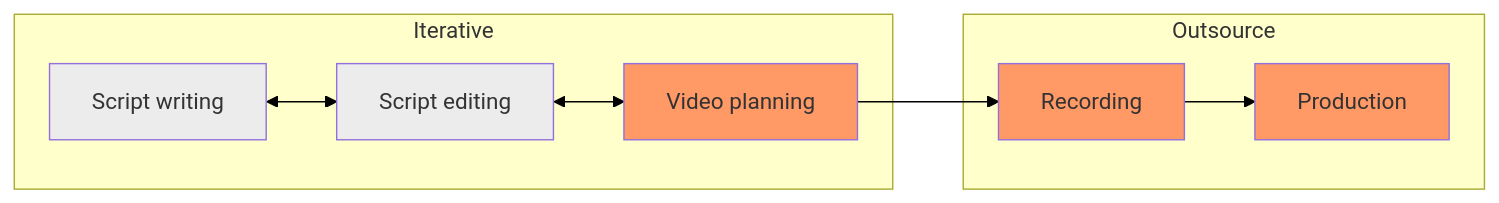
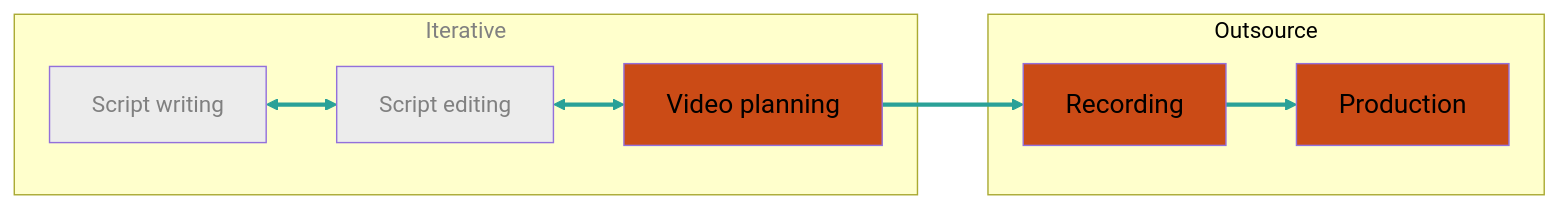
One commit to libjohn/presentation_tl_retreat changed the third of 3 diagrams in frankenstein_monster/version_1.qmd. Above: the diagram before and after it, drawn with Mermaid. The commit also changed other lines of this file and 81 other files, not shown here.

````diff
--- a/frankenstein_monster/version_1.qmd
+++ b/frankenstein_monster/version_1.qmd
@@ -130,17 +144,22 @@
 ```{mermaid}
 %%| fig-width: 20
 flowchart LR
   subgraph box1[Iterative]
   A[Script writing]:::greybox <--> B[Script editing]:::greybox
   B <--> C[Video planning]:::highlight
   end
   subgraph box2[Outsource]
   C --> D[Recording]:::highlight
   D --> E[Production]:::highlight
   end
-  style box1 fill:#FFFFCC
-  style box2 fill:#FFFFCC
-  linkStyle default stroke: black
-  classDef highlight fill:#F96
+  style A color:grey
+  style B color:grey
+  style C color:black
+  style D color:black
+  style E color:black
+  style box1 fill:#FFFFCC,color:grey
+  style box2 fill:#FFFFCC,color:black
+  linkStyle default stroke-width:3px,stroke:#2aa198
+  classDef highlight fill:#cb4b16,font-size:14pt
   classDef greybox fill:#ECECEC
 ```
````
